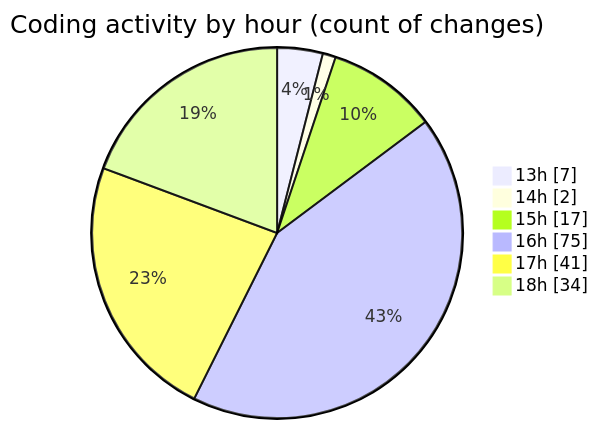
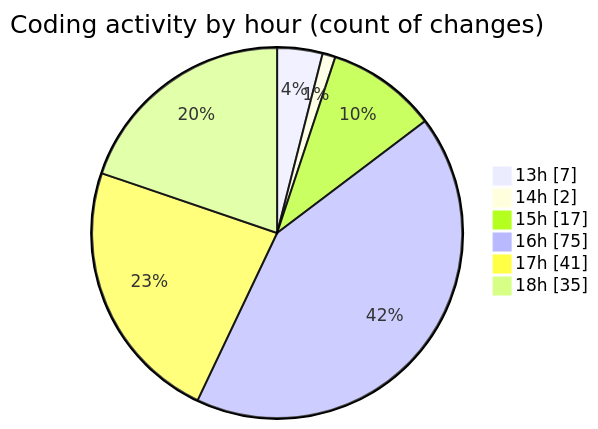
Before and after one commit to charlie-sans/code-tracking: the second of 2 diagrams in 2025-02-24/micros/README.md, drawn with Mermaid. The commit also changed other lines of this file and 1 other file, not shown here.

````diff
--- a/2025-02-24/micros/README.md
+++ b/2025-02-24/micros/README.md
@@ -50,10 +50,10 @@
 ```mermaid
 pie showData
 title Coding activity by hour (count of changes)
 "13h" : 7
 "14h" : 2
 "15h" : 17
 "16h" : 75
 "17h" : 41
-"18h" : 34
+"18h" : 35
 ```
````
